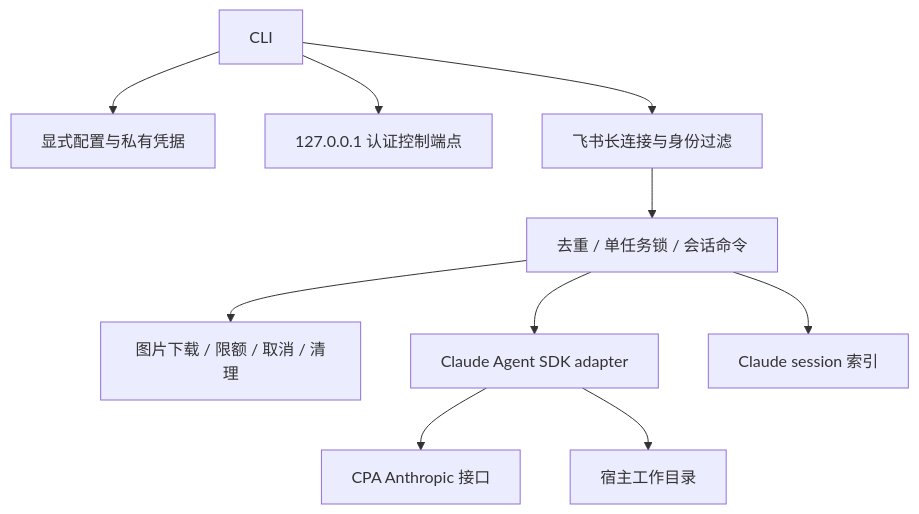
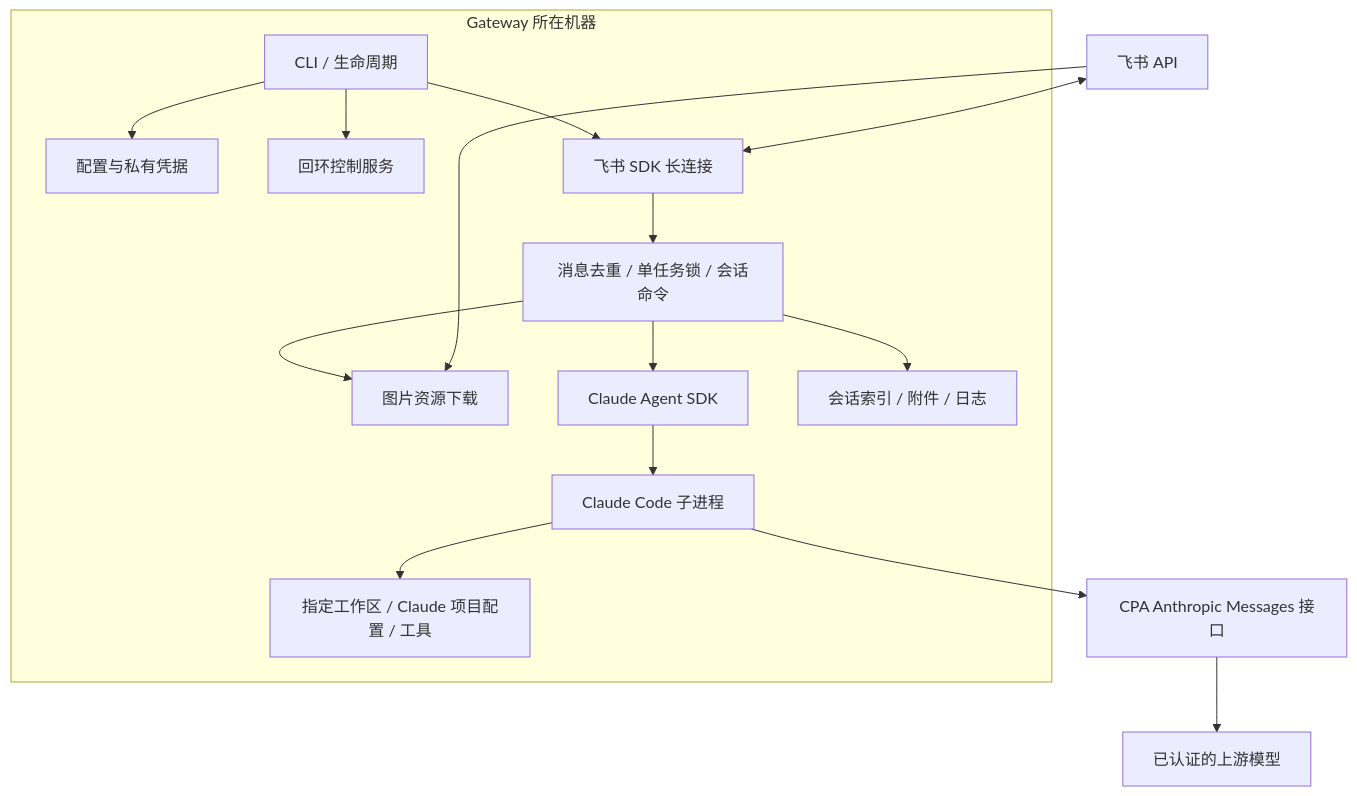
One commit to ketchupz1999/feishu-agent-gateway changed the first of 3 diagrams in docs/architecture.md. Above: the diagram before and after it, drawn with Mermaid. The commit also changed other lines of this file and 18 other files, not shown here.

Commit message:
Document setup and acknowledge Feishu events before Agent work

````diff
--- a/docs/architecture.md
+++ b/docs/architecture.md
@@ -5,11 +9,18 @@
 ```mermaid
 flowchart TB
- CLI[CLI] --> Config[显式配置与私有凭据]
- CLI --> Control[127.0.0.1 认证控制端点]
- CLI --> Lark[飞书长连接与身份过滤]
- Lark --> App[去重 / 单任务锁 / 会话命令]
- App --> Image[图片下载 / 限额 / 取消 / 清理]
- App --> Runtime[Claude Agent SDK adapter] --> CPA[CPA Anthropic 接口]
- App --> State[Claude session 索引]
- Runtime --> Workspace[宿主工作目录]
+    subgraph Host[Gateway 所在机器]
+        CLI[CLI / 生命周期] --> Config[配置与私有凭据]
+        CLI --> Control[回环控制服务]
+        CLI --> Lark[飞书 SDK 长连接]
+        Lark --> App[消息去重 / 单任务锁 / 会话命令]
+        App --> Image[图片资源下载]
+        App --> SDK[Claude Agent SDK]
+        SDK --> Claude[Claude Code 子进程]
+        App --> State[会话索引 / 附件 / 日志]
+        Claude --> Work[指定工作区 / Claude 项目配置 / 工具]
+    end
+    Feishu[飞书 API] <--> Lark
+    Feishu --> Image
+    Claude --> CPA[CPA Anthropic Messages 接口]
+    CPA --> Models[已认证的上游模型]
 ```
````
